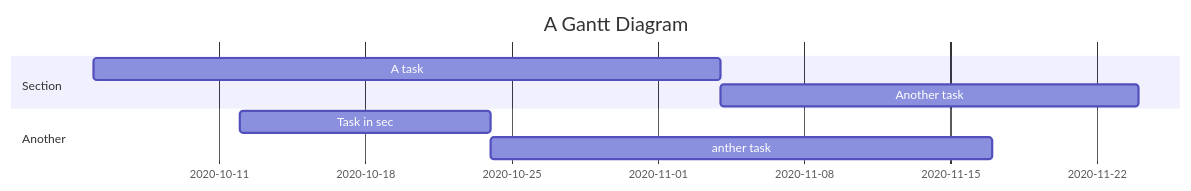
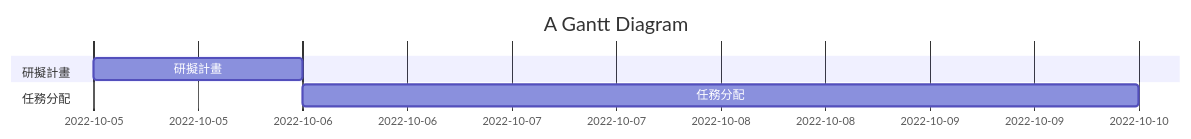
The diagram in hw2.md (angus426/2022_3B_System_Analysis), drawn with Mermaid before and after one commit.

Commit message:
Edit diagram

````diff
--- a/hw2.md
+++ b/hw2.md
@@ -3,11 +3,9 @@
 ```mermaid
 gantt
     title A Gantt Diagram
 
-    section Section
-    A task           :a1, 2020-10-05, 30d
-    Another task     :after a1  , 20d
-    section Another
-    Task in sec      :2020-10-12  , 12d
-    anther task      : 24d
+    section 研擬計畫
+    研擬計畫         :a1, 2022-10-05, 1d
+    section 任務分配
+    任務分配      :2022-10-6  , 4d
 ```
````
